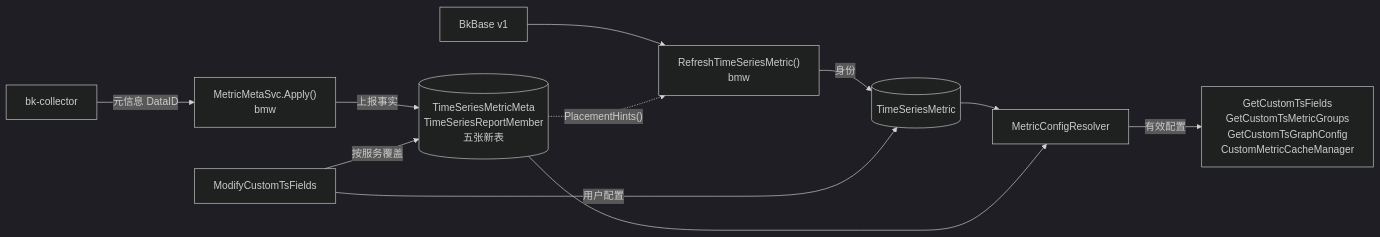
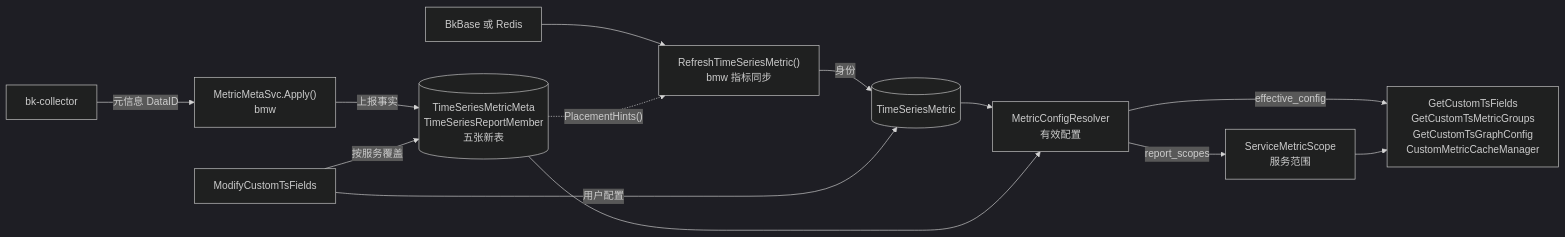
One commit to ZhuoZhuoCrayon/ai-workspace changed the sixth of 34 diagrams in knowledge/bkmonitor/issues/2026-09-15-custom-metric-metadata/PLAN.md. Above: the diagram before and after it, drawn with Mermaid (dark theme). The commit also changed other lines of this file and 4 other files, not shown here.

Commit message:
docs(issue): retest custom metric metadata relation tables at upper scale on MySQL 5.7

````diff
--- a/knowledge/bkmonitor/issues/2026-09-15-custom-metric-metadata/PLAN.md
+++ b/knowledge/bkmonitor/issues/2026-09-15-custom-metric-metadata/PLAN.md
@@ -304,13 +335,15 @@
 ```mermaid
 flowchart LR
     Collector["bk-collector"] -->|"元信息 DataID"| Apply["MetricMetaSvc.Apply()<br/>bmw"]
-    BkBase["BkBase v1"] --> Sync["RefreshTimeSeriesMetric()<br/>bmw"]
+    BkBase["BkBase 或 Redis"] --> Sync["RefreshTimeSeriesMetric()<br/>bmw 指标同步"]
     Apply -->|"上报事实"| New[("TimeSeriesMetricMeta<br/>TimeSeriesReportMember<br/>五张新表")]
     Sync -->|"身份"| Metric[("TimeSeriesMetric")]
     New -.->|"PlacementHints()"| Sync
     Modify["ModifyCustomTsFields"] -->|"用户配置"| Metric
     Modify -->|"按服务覆盖"| New
-    Metric --> Resolver["MetricConfigResolver"]
+    Metric --> Resolver["MetricConfigResolver<br/>有效配置"]
     New --> Resolver
-    Resolver -->|"有效配置"| Readers["GetCustomTsFields<br/>GetCustomTsMetricGroups<br/>GetCustomTsGraphConfig<br/>CustomMetricCacheManager"]
+    Resolver -->|"report_scopes"| Scope["ServiceMetricScope<br/>服务范围"]
+    Resolver -->|"effective_config"| Readers["GetCustomTsFields<br/>GetCustomTsMetricGroups<br/>GetCustomTsGraphConfig<br/>CustomMetricCacheManager"]
+    Scope --> Readers
 ```
````
